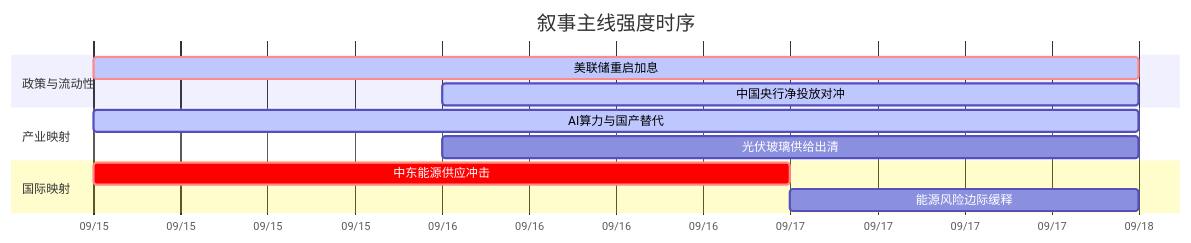
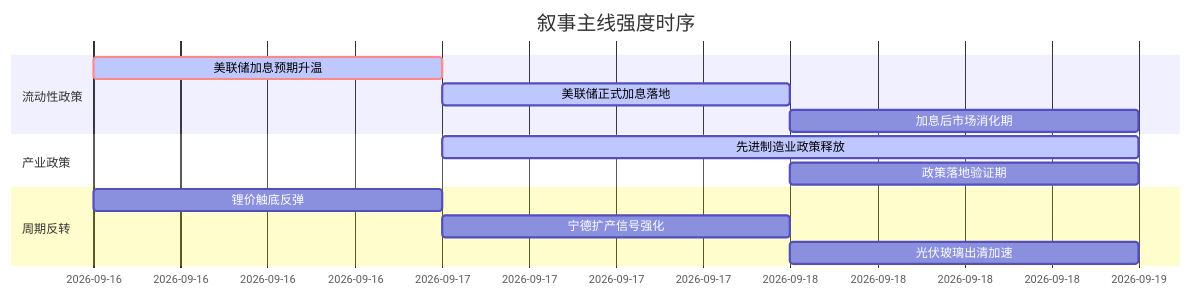
Before and after one commit to uu5zn/uu5zn.github.io: the diagram in 5day_report.md, drawn with Mermaid. The commit also changed other lines of this file and 24 other files, not shown here.

````diff
--- a/5day_report.md
+++ b/5day_report.md
@@ -54,17 +56,18 @@
 ```mermaid
 gantt
     title 叙事主线强度时序
     dateFormat  YYYY-MM-DD
-    axisFormat  %m/%d
-    section 政策与流动性
-    美联储重启加息       :crit, active, 2026-09-15, 3d
-    中国央行净投放对冲   :active, 2026-09-16, 2d
+    section 流动性政策
+    美联储加息预期升温   :crit, active, 2026-09-16, 1d
+    美联储正式加息落地   :active, 2026-09-17, 1d
+    加息后市场消化期     :2026-09-18, 1d
     
-    section 产业映射
-    AI算力与国产替代     :active, 2026-09-15, 3d
-    光伏玻璃供给出清     :2026-09-16, 2d
+    section 产业政策
+    先进制造业政策释放   :active, 2026-09-17, 2d
+    政策落地验证期       :2026-09-18, 1d
     
-    section 国际映射
-    中东能源供应冲击     :crit, 2026-09-15, 2d
-    能源风险边际缓释     :2026-09-17, 1d
+    section 周期反转
+    锂价触底反弹         :2026-09-16, 1d
+    宁德扩产信号强化     :2026-09-17, 1d
+    光伏玻璃出清加速     :2026-09-18, 1d
 ```
````
